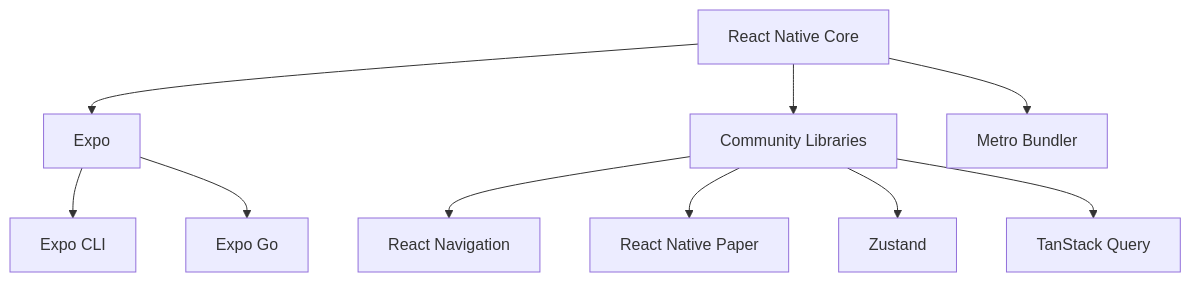
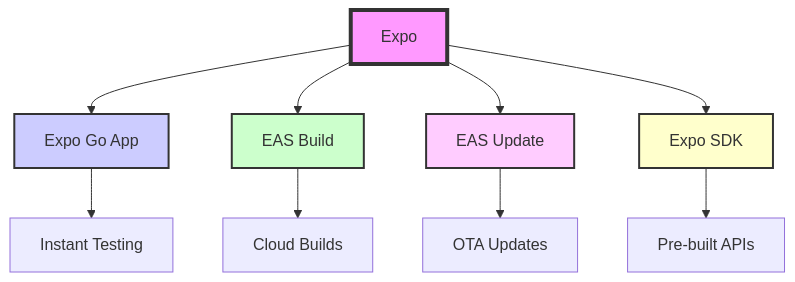
The first of 2 diagrams in modules/module-01-the-landscape-of-mobile-development/section-04-react-native-ecosystem.md (nickPattLB303/react-native-examples), drawn with Mermaid before and after one commit. The commit also changed other lines of this file and 8 other files, not shown here.

````diff
--- a/modules/module-01-the-landscape-of-mobile-development/section-04-react-native-ecosystem.md
+++ b/modules/module-01-the-landscape-of-mobile-development/section-04-react-native-ecosystem.md
@@ -136,12 +11,18 @@
 ```mermaid
-flowchart TD
-    A[React Native Core] --> B[Expo]
-    A --> C[Community Libraries]
-    B --> D[Expo CLI]
-    C --> E[React Navigation]
-    C --> F[React Native Paper]
-    C --> G[Zustand]
-    C --> H[TanStack Query]
-    A --> I[Metro Bundler]
-    B --> J[Expo Go]
+graph TD
+    A[Expo] --> B[Expo Go App]
+    A --> C[EAS Build]
+    A --> D[EAS Update]
+    A --> E[Expo SDK]
+    
+    B --> F[Instant Testing]
+    C --> G[Cloud Builds]
+    D --> H[OTA Updates]
+    E --> I[Pre-built APIs]
+    
+    style A fill:#f9f,stroke:#333,stroke-width:4px
+    style B fill:#ccf,stroke:#333,stroke-width:2px
+    style C fill:#cfc,stroke:#333,stroke-width:2px
+    style D fill:#fcf,stroke:#333,stroke-width:2px
+    style E fill:#ffc,stroke:#333,stroke-width:2px
 ```
````
